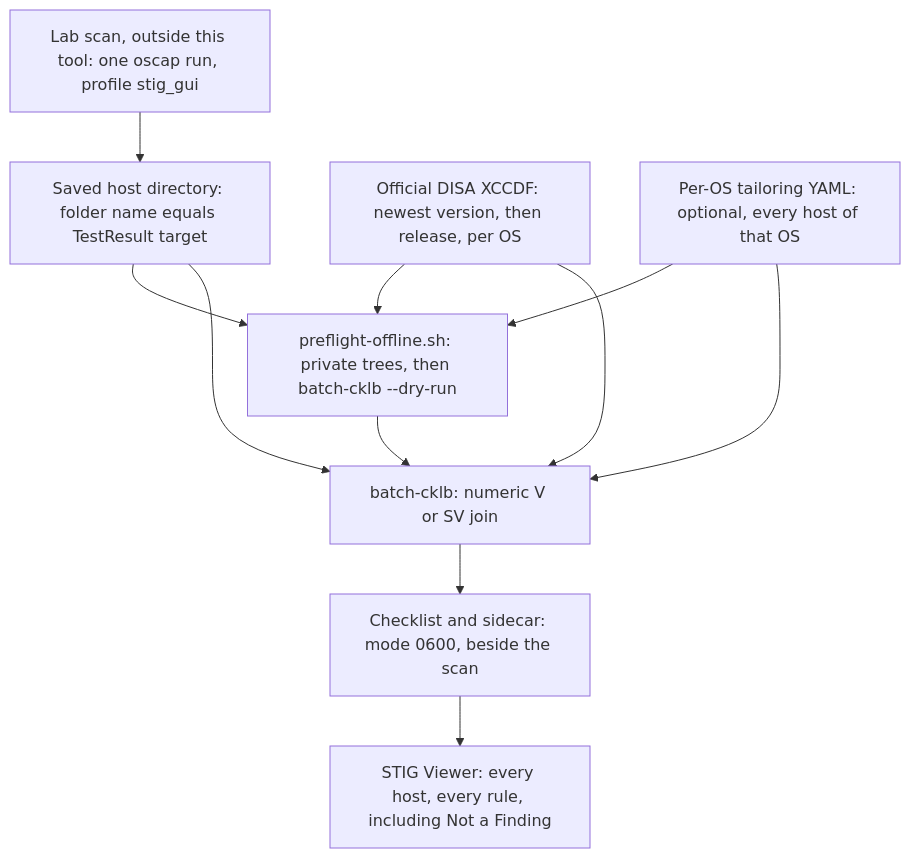
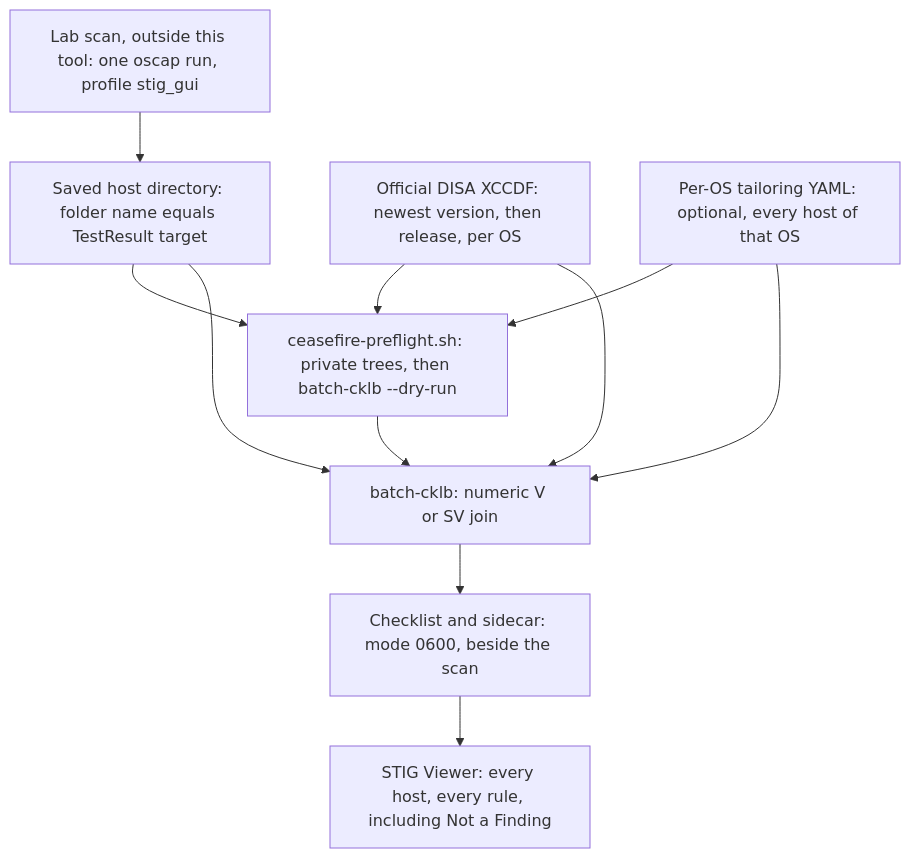
One commit to zcook44/burden-of-proof changed the diagram in docs/RHEL-OSCAP-WORKFLOW.md. Above: the diagram before and after it, drawn with Mermaid. The commit also changed other lines of this file and 16 other files, not shown here.

````diff
--- a/docs/RHEL-OSCAP-WORKFLOW.md
+++ b/docs/RHEL-OSCAP-WORKFLOW.md
@@ -13,21 +13,21 @@
 ```mermaid
 flowchart TD
   lab["Lab scan, outside this tool: one oscap run, profile stig_gui"]
   scan["Saved host directory: folder name equals TestResult target"]
   bench["Official DISA XCCDF: newest version, then release, per OS"]
   policy["Per-OS tailoring YAML: optional, every host of that OS"]
-  pre["preflight-offline.sh: private trees, then batch-cklb --dry-run"]
+  pre["ceasefire-preflight.sh: private trees, then batch-cklb --dry-run"]
   batch["batch-cklb: numeric V or SV join"]
   out["Checklist and sidecar: mode 0600, beside the scan"]
   human["STIG Viewer: every host, every rule, including Not a Finding"]
   lab --> scan
   scan --> pre
   bench --> pre
   policy --> pre
   pre --> batch
   scan --> batch
   bench --> batch
   policy --> batch
   batch --> out
   out --> human
 ```
````
